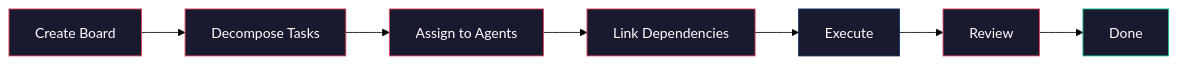
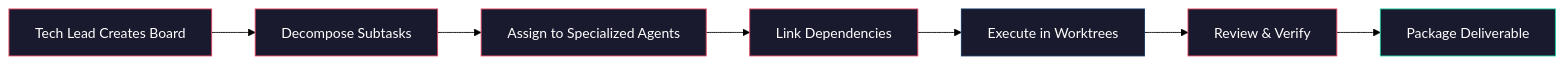
The second of 2 diagrams in docs/forgeai_project_document.md (Sudhanshunaik/ForgeAI), drawn with Mermaid (forest theme) before and after one commit. The commit also changed other lines of this file and 10 other files, not shown here.

````diff
--- a/docs/forgeai_project_document.md
+++ b/docs/forgeai_project_document.md
@@ -197,17 +198,17 @@
 ```mermaid
 flowchart LR
-    A["Create Board"] --> B["Decompose Tasks"]
-    B --> C["Assign to Agents"]
+    A["Tech Lead Creates Board"] --> B["Decompose Subtasks"]
+    B --> C["Assign to Specialized Agents"]
     C --> D["Link Dependencies"]
-    D --> E["Execute"]
-    E --> F["Review"]
-    F --> G["Done"]
+    D --> E["Execute in Worktrees"]
+    E --> F["Review & Verify"]
+    F --> G["Package Deliverable"]
 
     style A fill:#1a1a2e,stroke:#e94560,color:#fff
     style B fill:#1a1a2e,stroke:#e94560,color:#fff
     style C fill:#1a1a2e,stroke:#e94560,color:#fff
     style D fill:#1a1a2e,stroke:#e94560,color:#fff
     style E fill:#1a1a2e,stroke:#0f3460,color:#fff
     style F fill:#1a1a2e,stroke:#e94560,color:#fff
     style G fill:#1a1a2e,stroke:#16c79a,color:#fff
 ```
````
